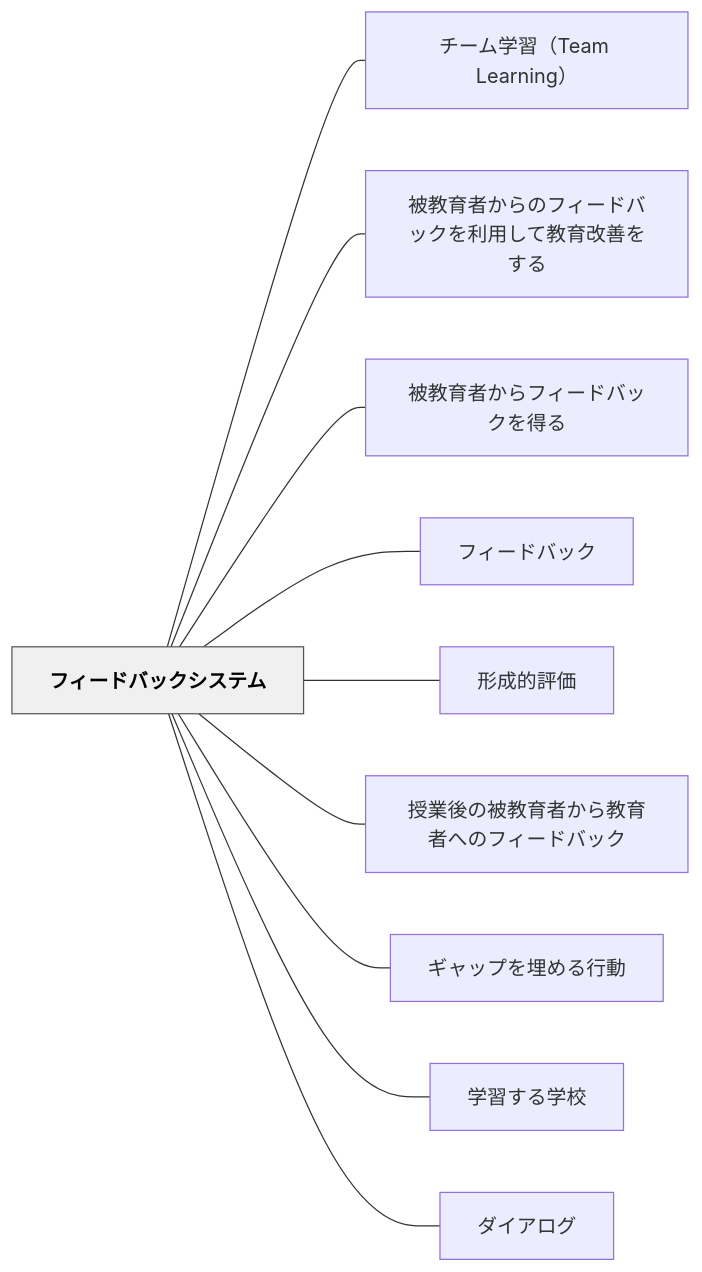
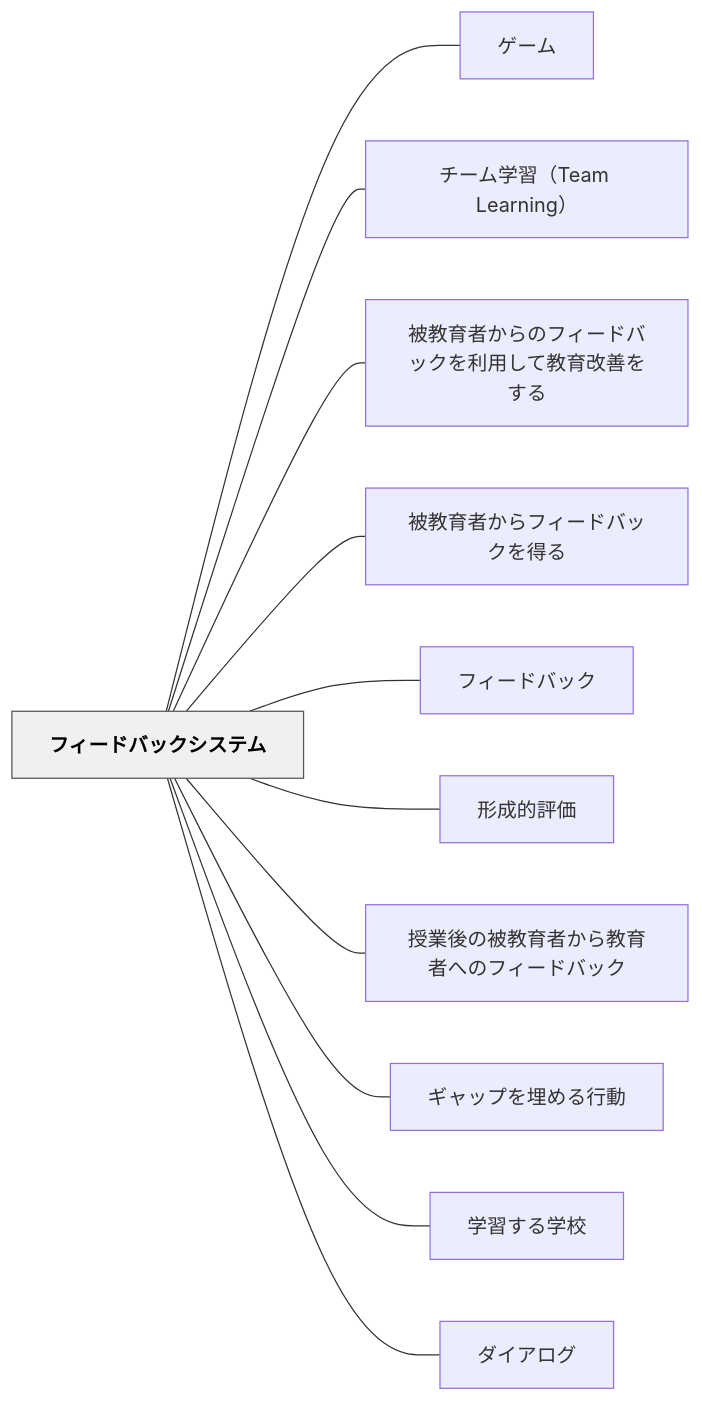
Before and after one commit to unknownthings-ed-patterns/unknownthings-ed-patterns: the diagram in content/パタン/フィードバックシステム.md, drawn with Mermaid. The commit also changed other lines of this file and 100 other files, not shown here.

````diff
--- a/content/パタン/フィードバックシステム.md
+++ b/content/パタン/フィードバックシステム.md
@@ -241,26 +242,28 @@
 ```mermaid
 flowchart LR
     ne38395e382a3e383bce38389e38390e38383e382afe382b7e382b9e38386e383a0["フィードバックシステム"]
+    ne382b2e383bce383a0["ゲーム"]
     ne38381e383bce383a0e5ada6e7bf92efbc885465616d204c6561726e696e67efbc89["チーム学習（Team Learning）"]
     ne8a2abe69599e882b2e88085e3818be38289e381aee38395e382a3e383bce38389e38390e38383e382afe38292e588a9e794a8e38197e381a6e69599e882b2e694b9e59684e38292e38199e3828b["被教育者からのフィードバックを利用して教育改善をする"]
     ne8a2abe69599e882b2e88085e3818be38289e38395e382a3e383bce38389e38390e38383e382afe38292e5be97e3828b["被教育者からフィードバックを得る"]
     ne38395e382a3e383bce38389e38390e38383e382af["フィードバック"]
     ne5bda2e68890e79a84e8a995e4bea1["形成的評価"]
     ne68e88e6a5ade5be8ce381aee8a2abe69599e882b2e88085e3818be38289e69599e882b2e88085e381b8e381aee38395e382a3e383bce38389e38390e38383e382af["授業後の被教育者から教育者へのフィードバック"]
     ne382aee383a3e38383e38397e38292e59f8be38281e3828be8a18ce58b95["ギャップを埋める行動"]
     ne5ada6e7bf92e38199e3828be5ada6e6a0a1["学習する学校"]
     ne38380e382a4e382a2e383ade382b0["ダイアログ"]
 
+    ne38395e382a3e383bce38389e38390e38383e382afe382b7e382b9e38386e383a0 --- ne382b2e383bce383a0
     ne38395e382a3e383bce38389e38390e38383e382afe382b7e382b9e38386e383a0 --- ne38381e383bce383a0e5ada6e7bf92efbc885465616d204c6561726e696e67efbc89
     ne38395e382a3e383bce38389e38390e38383e382afe382b7e382b9e38386e383a0 --- ne8a2abe69599e882b2e88085e3818be38289e381aee38395e382a3e383bce38389e38390e38383e382afe38292e588a9e794a8e38197e381a6e69599e882b2e694b9e59684e38292e38199e3828b
     ne38395e382a3e383bce38389e38390e38383e382afe382b7e382b9e38386e383a0 --- ne8a2abe69599e882b2e88085e3818be38289e38395e382a3e383bce38389e38390e38383e382afe38292e5be97e3828b
     ne38395e382a3e383bce38389e38390e38383e382afe382b7e382b9e38386e383a0 --- ne38395e382a3e383bce38389e38390e38383e382af
     ne38395e382a3e383bce38389e38390e38383e382afe382b7e382b9e38386e383a0 --- ne5bda2e68890e79a84e8a995e4bea1
     ne38395e382a3e383bce38389e38390e38383e382afe382b7e382b9e38386e383a0 --- ne68e88e6a5ade5be8ce381aee8a2abe69599e882b2e88085e3818be38289e69599e882b2e88085e381b8e381aee38395e382a3e383bce38389e38390e38383e382af
     ne38395e382a3e383bce38389e38390e38383e382afe382b7e382b9e38386e383a0 --- ne382aee383a3e38383e38397e38292e59f8be38281e3828be8a18ce58b95
     ne38395e382a3e383bce38389e38390e38383e382afe382b7e382b9e38386e383a0 --- ne5ada6e7bf92e38199e3828be5ada6e6a0a1
     ne38395e382a3e383bce38389e38390e38383e382afe382b7e382b9e38386e383a0 --- ne38380e382a4e382a2e383ade382b0
 
     classDef hub fill:#f0f0f0,stroke:#555,color:#000,font-weight:bold
     class ne38395e382a3e383bce38389e38390e38383e382afe382b7e382b9e38386e383a0 hub
 ```
````
